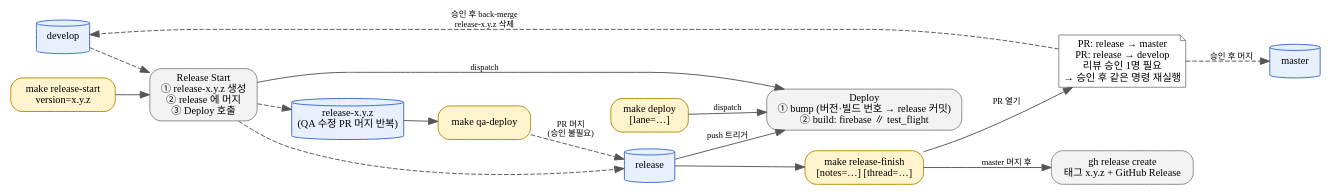
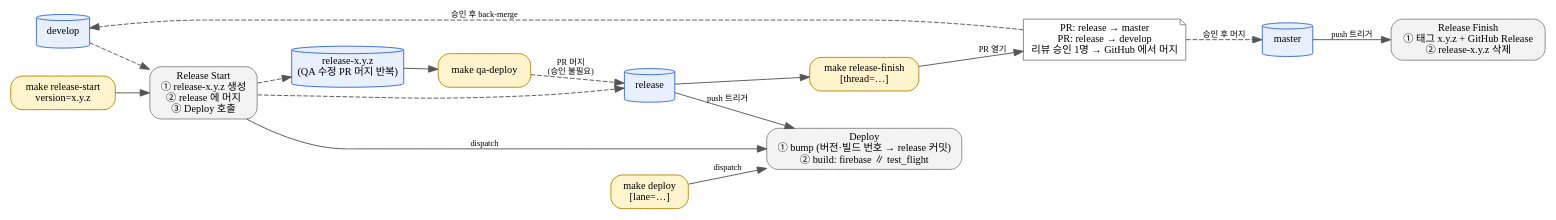
One commit to JunHyeok0206/iOS-release-pipeline-sandbox changed the diagram in docs/github-actions-flow.dot. Above: the diagram before and after it, drawn with Graphviz. The commit also changed 5 other files, not shown here.

First line of the commit message:
update: 릴리스 마감을 master push 트리거 워크플로(Release Finish)로 전환

```diff
--- a/docs/github-actions-flow.dot
+++ b/docs/github-actions-flow.dot
@@ -1,49 +1,49 @@
 digraph GitHubActionsFlow {
     rankdir=LR
     fontname="Apple SD Gothic Neo"
     node  [fontname="Apple SD Gothic Neo", fontsize=11]
     edge  [fontname="Apple SD Gothic Neo", fontsize=9, color="#555555"]
 
     // 브랜치
     node [shape=cylinder, style=filled, fillcolor="#E8F0FE", color="#3367D6"]
     develop [label="develop"]
     relx    [label="release-x.y.z\n(QA 수정 PR 머지 반복)"]
     release [label="release"]
     master  [label="master"]
 
     // make 명령어
     node [shape=box, style="rounded,filled", fillcolor="#FFF4CE", color="#B58900"]
     cmd_start  [label="make release-start\nversion=x.y.z"]
     cmd_qa     [label="make qa-deploy"]
     cmd_deploy [label="make deploy\n[lane=…]"]
-    cmd_finish [label="make release-finish\n[notes=…] [thread=…]"]
+    cmd_finish [label="make release-finish\n[thread=…]"]
 
     // 워크플로 (gh_rel 은 Makefile 이 로컬에서 실행)
     node [shape=box, style="rounded,filled", fillcolor="#F3F3F3", color="#888888"]
     wf_start  [label="Release Start\n① release-x.y.z 생성\n② release 에 머지\n③ Deploy 호출"]
     wf_deploy [label="Deploy\n① bump (버전·빌드 번호 → release 커밋)\n② build: firebase ∥ test_flight"]
-    gh_rel    [label="gh release create\n태그 x.y.z + GitHub Release"]
+    wf_finish [label="Release Finish\n① 태그 x.y.z + GitHub Release\n② release-x.y.z 삭제"]
 
     // PR (제목·본문은 scripts/pr-body.sh 가 생성)
     node [shape=note, style="filled", fillcolor="#FFFFFF", color="#888888"]
-    pr_finish [label="PR: release → master\nPR: release → develop\n리뷰 승인 1명 필요\n→ 승인 후 같은 명령 재실행"]
+    pr_finish [label="PR: release → master\nPR: release → develop\n리뷰 승인 1명 → GitHub 에서 머지"]
 
     // 흐름
     cmd_start -> wf_start
     develop   -> wf_start [style=dashed]
     wf_start  -> relx     [style=dashed]
     wf_start  -> release  [style=dashed]
     wf_start  -> wf_deploy [label="dispatch"]
 
     relx    -> cmd_qa
     cmd_qa  -> release   [label="PR 머지\n(승인 불필요)", style=dashed]
     release -> wf_deploy [label="push 트리거"]
     cmd_deploy -> wf_deploy [label="dispatch"]
 
     release    -> cmd_finish
     cmd_finish -> pr_finish [label="PR 열기"]
     pr_finish  -> master  [label="승인 후 머지", style=dashed]
-    cmd_finish -> gh_rel  [label="master 머지 후"]
-    pr_finish  -> develop [label="승인 후 back-merge\nrelease-x.y.z 삭제", style=dashed]
+    master     -> wf_finish [label="push 트리거"]
+    pr_finish  -> develop [label="승인 후 back-merge", style=dashed]
 
 }
```
